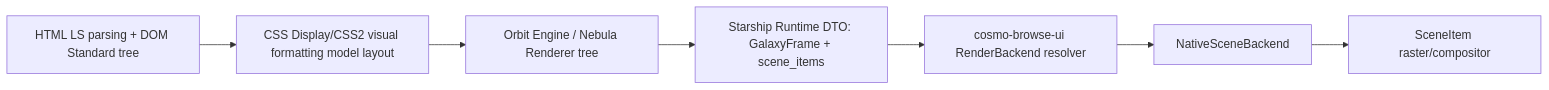
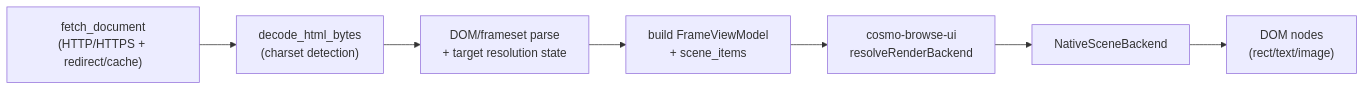
One commit to pkaiy81/CosmoBrowse changed the first of 2 diagrams in docs/architecture/render-pipeline.md. Above: the diagram before and after it, drawn with Mermaid. The commit also changed other lines of this file and 9 other files, not shown here.

````diff
--- a/docs/architecture/render-pipeline.md
+++ b/docs/architecture/render-pipeline.md
@@ -7,9 +7,9 @@
 ```mermaid
 flowchart LR
-  A["HTML LS parsing + DOM Standard tree"] --> B["CSS Display/CSS2 visual formatting model layout"]
-  B --> C["Orbit Engine / Nebula Renderer tree"]
-  C --> D["Starship Runtime DTO: GalaxyFrame + scene_items"]
-  D --> E["cosmo-browse-ui RenderBackend resolver"]
+  A["fetch_document\n(HTTP/HTTPS + redirect/cache)"] --> B["decode_html_bytes\n(charset detection)"]
+  B --> C["DOM/frameset parse\n+ target resolution state"]
+  C --> D["build FrameViewModel\n+ scene_items"]
+  D --> E["cosmo-browse-ui\nresolveRenderBackend"]
   E --> F["NativeSceneBackend"]
-  F --> G["SceneItem raster/compositor"]
+  F --> G["DOM nodes\n(rect/text/image)"]
 ```
````
